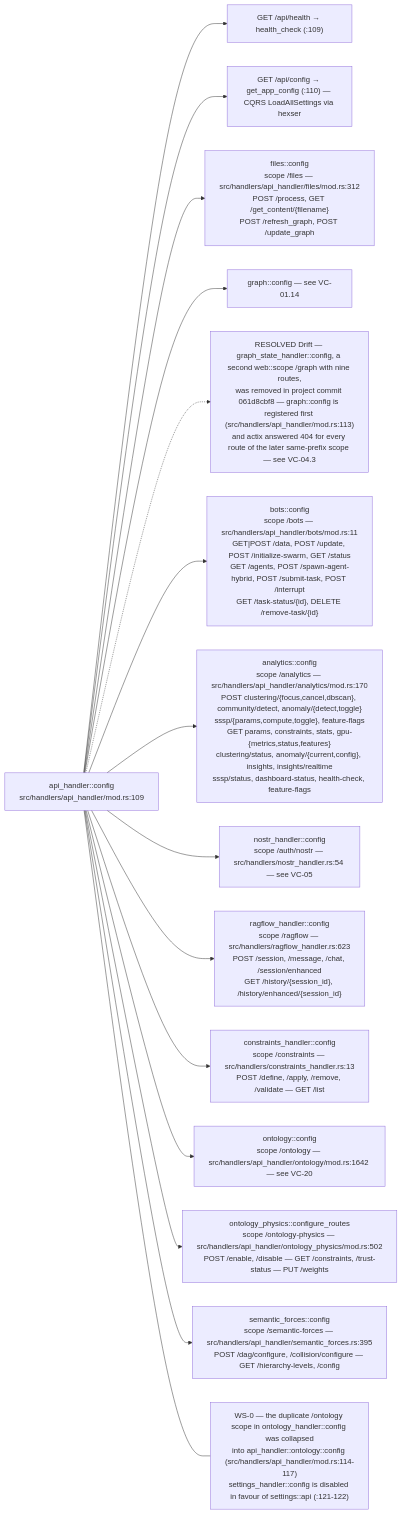
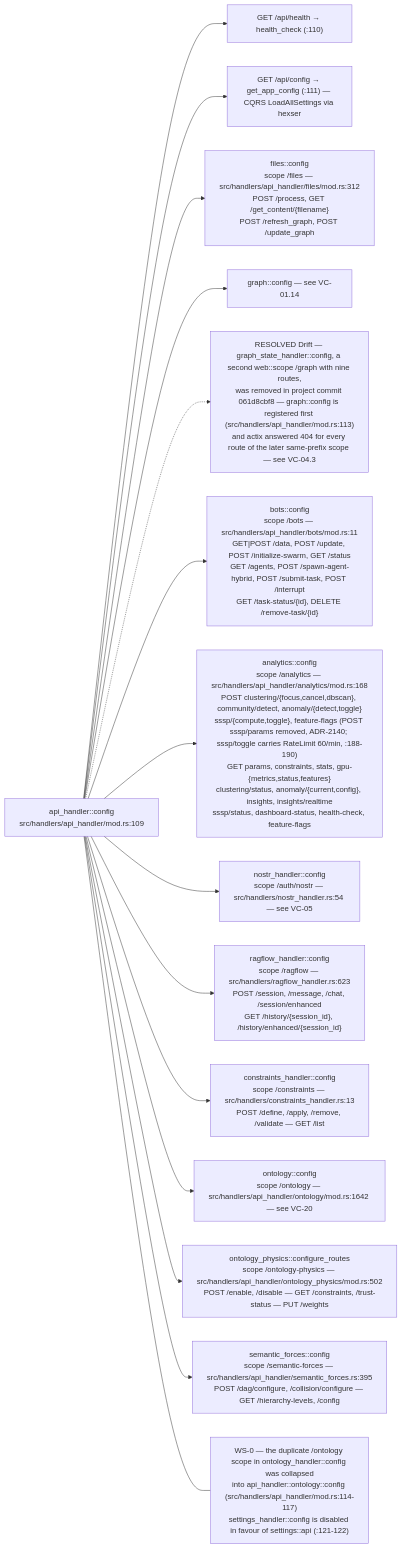
Before and after one commit to DreamLab-AI/VisionFlow: the ninth of 13 diagrams in docs/diagrams/visionclaw/01-boot-and-app-state.md, drawn with Mermaid. The commit also changed other lines of this file and 173 other files, not shown here.

````diff
--- a/docs/diagrams/visionclaw/01-boot-and-app-state.md
+++ b/docs/diagrams/visionclaw/01-boot-and-app-state.md
@@ -404,19 +407,19 @@
 ```mermaid
 flowchart LR
     C["api_handler::config<br/>src/handlers/api_handler/mod.rs:109"]
-    C --> A1["GET /api/health → health_check (:109)"]
-    C --> A2["GET /api/config → get_app_config (:110) — CQRS LoadAllSettings via hexser"]
+    C --> A1["GET /api/health → health_check (:110)"]
+    C --> A2["GET /api/config → get_app_config (:111) — CQRS LoadAllSettings via hexser"]
     C --> F["files::config<br/>scope /files — src/handlers/api_handler/files/mod.rs:312<br/>POST /process, GET /get_content/{filename}<br/>POST /refresh_graph, POST /update_graph"]
     C --> G["graph::config — see VC-01.14"]
     C -.-> GX["RESOLVED Drift — graph_state_handler::config, a second web::scope /graph with nine routes,<br/>was removed in project commit 061d8cbf8 — graph::config is registered first (src/handlers/api_handler/mod.rs:113)<br/>and actix answered 404 for every route of the later same-prefix scope — see VC-04.3"]
     C --> B["bots::config<br/>scope /bots — src/handlers/api_handler/bots/mod.rs:11<br/>GET|POST /data, POST /update, POST /initialize-swarm, GET /status<br/>GET /agents, POST /spawn-agent-hybrid, POST /submit-task, POST /interrupt<br/>GET /task-status/{id}, DELETE /remove-task/{id}"]
-    C --> AN["analytics::config<br/>scope /analytics — src/handlers/api_handler/analytics/mod.rs:170<br/>POST clustering/{focus,cancel,dbscan}, community/detect, anomaly/{detect,toggle}<br/>sssp/{params,compute,toggle}, feature-flags<br/>GET params, constraints, stats, gpu-{metrics,status,features}<br/>clustering/status, anomaly/{current,config}, insights, insights/realtime<br/>sssp/status, dashboard-status, health-check, feature-flags"]
+    C --> AN["analytics::config<br/>scope /analytics — src/handlers/api_handler/analytics/mod.rs:168<br/>POST clustering/{focus,cancel,dbscan}, community/detect, anomaly/{detect,toggle}<br/>sssp/{compute,toggle}, feature-flags (POST sssp/params removed, ADR-2140; sssp/toggle carries RateLimit 60/min, :188-190)<br/>GET params, constraints, stats, gpu-{metrics,status,features}<br/>clustering/status, anomaly/{current,config}, insights, insights/realtime<br/>sssp/status, dashboard-status, health-check, feature-flags"]
     C --> NO["nostr_handler::config<br/>scope /auth/nostr — src/handlers/nostr_handler.rs:54 — see VC-05"]
     C --> RF["ragflow_handler::config<br/>scope /ragflow — src/handlers/ragflow_handler.rs:623<br/>POST /session, /message, /chat, /session/enhanced<br/>GET /history/{session_id}, /history/enhanced/{session_id}"]
     C --> CO["constraints_handler::config<br/>scope /constraints — src/handlers/constraints_handler.rs:13<br/>POST /define, /apply, /remove, /validate — GET /list"]
     C --> ON["ontology::config<br/>scope /ontology — src/handlers/api_handler/ontology/mod.rs:1642 — see VC-20"]
     C --> OP["ontology_physics::configure_routes<br/>scope /ontology-physics — src/handlers/api_handler/ontology_physics/mod.rs:502<br/>POST /enable, /disable — GET /constraints, /trust-status — PUT /weights"]
     C --> SF["semantic_forces::config<br/>scope /semantic-forces — src/handlers/api_handler/semantic_forces.rs:395<br/>POST /dag/configure, /collision/configure — GET /hierarchy-levels, /config"]
     N["WS-0 — the duplicate /ontology scope in ontology_handler::config was collapsed<br/>into api_handler::ontology::config (src/handlers/api_handler/mod.rs:114-117)<br/>settings_handler::config is disabled in favour of settings::api (:121-122)"]
     C --- N
 ```
````
